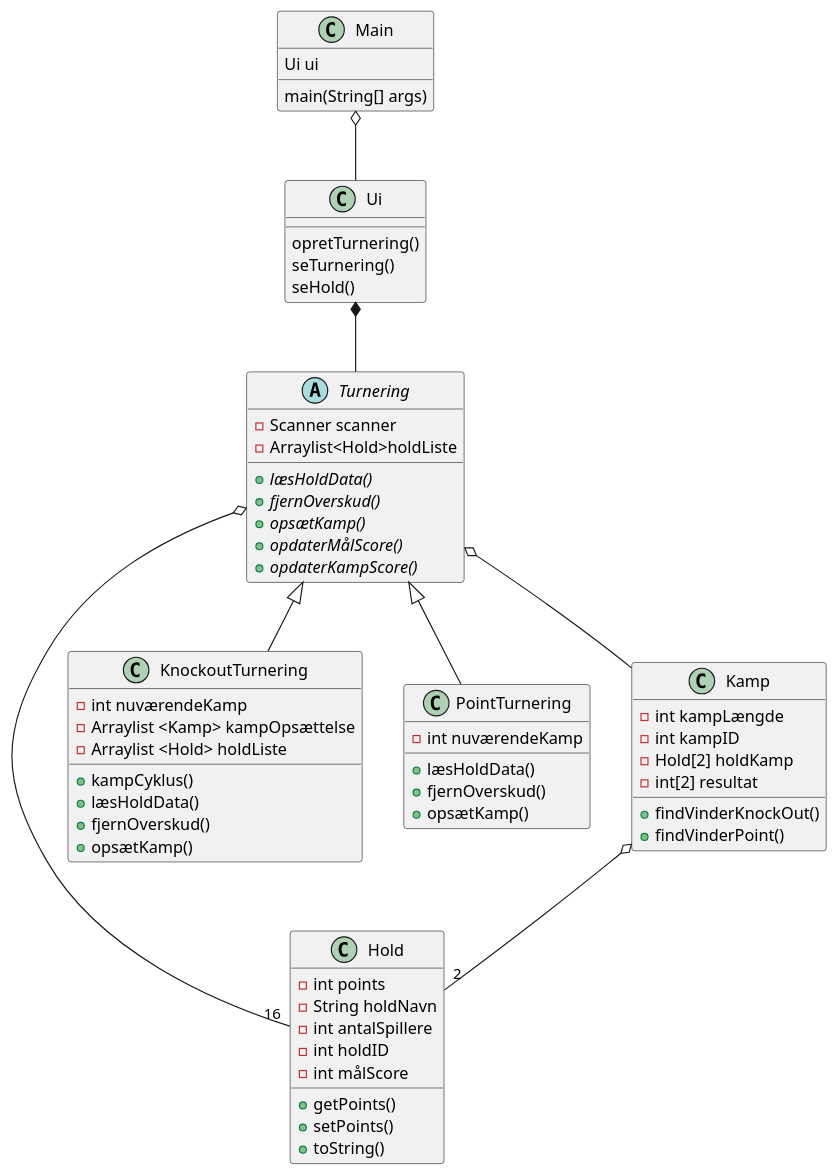
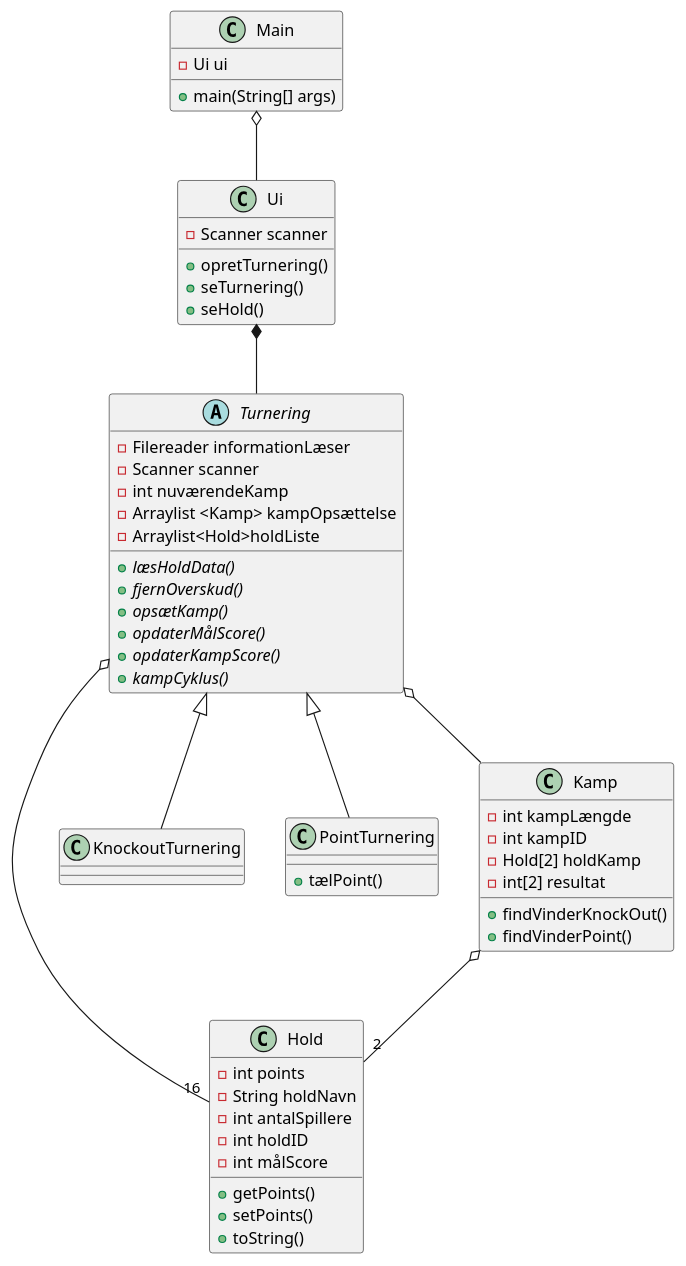
The diagram in SP3/src/UML/Klassediagram.puml (Datamatiker-A3/SP3), drawn with PlantUML before and after one commit.

Commit message:
Hello det er Anders, ændrede Klassediagram.puml

```diff
--- a/SP3/src/UML/Klassediagram.puml
+++ b/SP3/src/UML/Klassediagram.puml
@@ -1,74 +1,70 @@
 @startuml
 'https://plantuml.com/class-diagram
 
 abstract class Turnering
 class Main
 class Hold
 class KnockoutTurnering
 class PointTurnering
 class Kamp
 Main o-- Ui
 Ui *-- Turnering
 Turnering <|-- KnockoutTurnering
 Turnering<|-- PointTurnering
 Turnering o-- "16" Hold
 Turnering o-- Kamp
 Kamp o-- "2" Hold
 
 class Ui{
-opretTurnering()
-seTurnering()
-seHold()
+ - Scanner scanner
+ + opretTurnering()
+ + seTurnering()
+ + seHold()
 }
 
 class Main {
-main(String[] args)
-Ui ui
+ + main(String[] args)
+ - Ui ui
 }
 class Kamp{
 - int kampLængde
 - int kampID
 - Hold[2] holdKamp
 - int[2] resultat
 + findVinderKnockOut()
 + findVinderPoint()
 }
 
 class Hold{
 - int points
 - String holdNavn
 - int antalSpillere
 - int holdID
 - int målScore
 + getPoints()
 + setPoints()
 + toString()
 
 }
 abstract class Turnering{
+- Filereader informationLæser
 - Scanner scanner
+- int nuværendeKamp
+- Arraylist <Kamp> kampOpsættelse
 - Arraylist<Hold>holdListe
 + {abstract}læsHoldData()
 + {abstract}fjernOverskud()
 + {abstract}opsætKamp()
 + {abstract}opdaterMålScore()
 + {abstract}opdaterKampScore()
++ {abstract}kampCyklus()
 }
 class KnockoutTurnering{
-- int nuværendeKamp
-- Arraylist <Kamp> kampOpsættelse
-- Arraylist <Hold> holdListe
-+ kampCyklus()
-+ læsHoldData()
-+ fjernOverskud()
-+ opsætKamp()
+
 }
 class PointTurnering{
-- int nuværendeKamp
-+ læsHoldData()
-+ fjernOverskud()
-+ opsætKamp()
++ tælPoint()
 }
 
 
 @enduml
```
